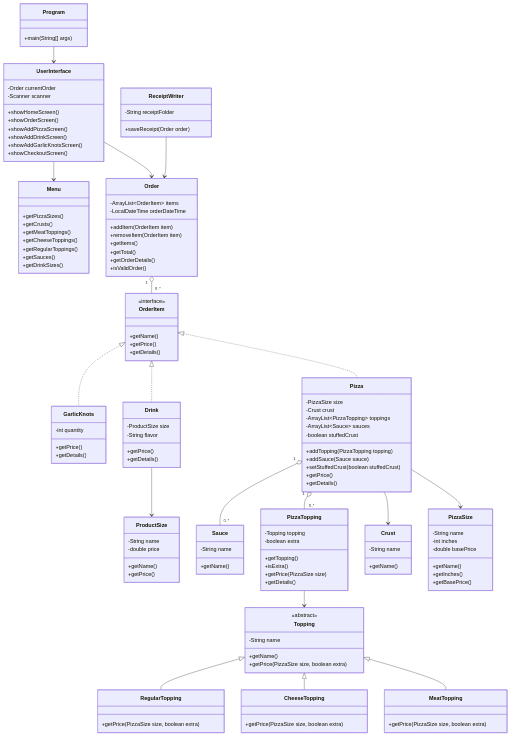
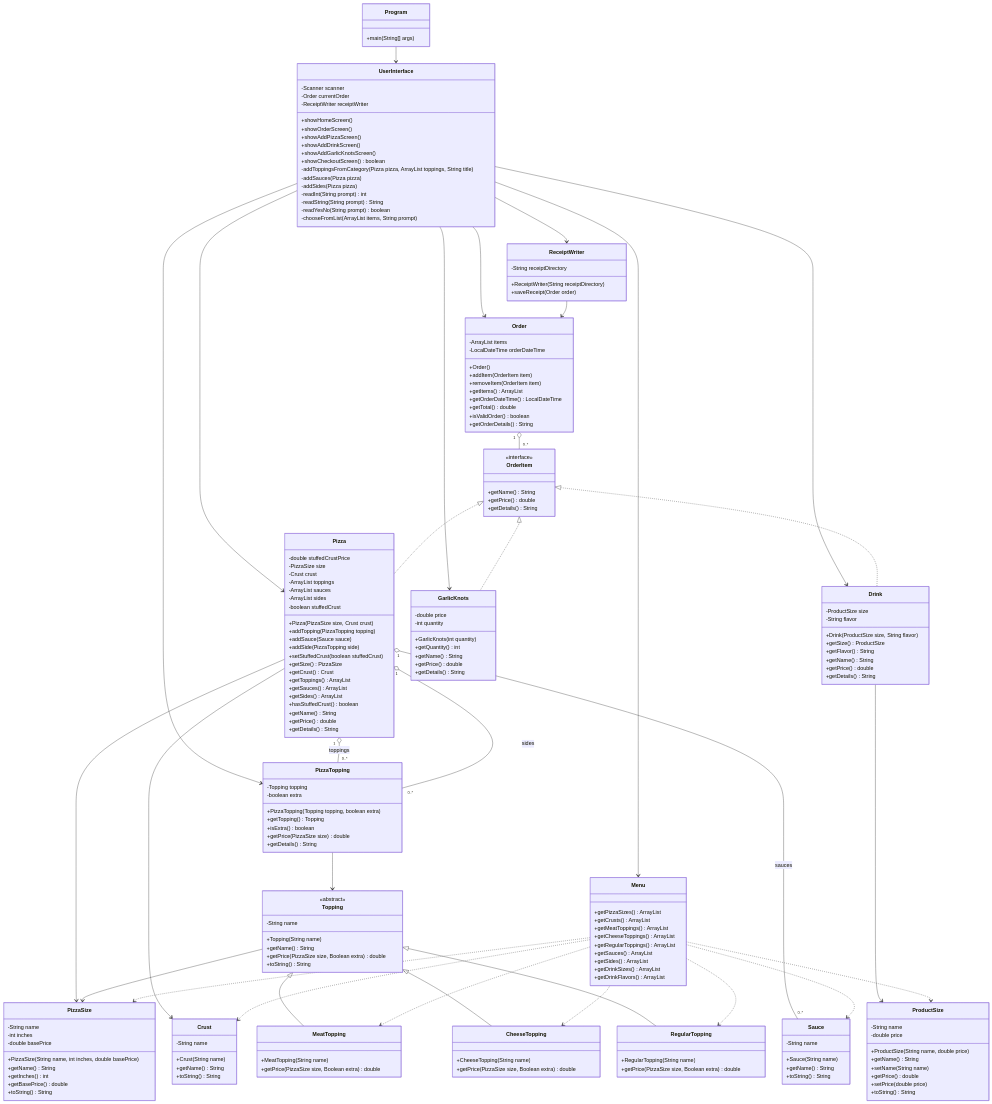
Before and after one commit to colocky/pizza-world: the diagram in Diagrams/Diagram.md, drawn with Mermaid.

````diff
--- a/Diagrams/Diagram.md
+++ b/Diagrams/Diagram.md
@@ -1,149 +1,218 @@
 ```mermaid
 classDiagram
 
-class Program {
-  +main(String[] args)
-}
+    class Program {
+        +main(String[] args)
+    }
 
-class UserInterface {
-  -Order currentOrder
-  -Scanner scanner
-  +showHomeScreen()
-  +showOrderScreen()
-  +showAddPizzaScreen()
-  +showAddDrinkScreen()
-  +showAddGarlicKnotsScreen()
-  +showCheckoutScreen()
-}
+    class UserInterface {
+        -Scanner scanner
+        -Order currentOrder
+        -ReceiptWriter receiptWriter
+        +showHomeScreen()
+        +showOrderScreen()
+        +showAddPizzaScreen()
+        +showAddDrinkScreen()
+        +showAddGarlicKnotsScreen()
+        +showCheckoutScreen() boolean
+        -addToppingsFromCategory(Pizza pizza, ArrayList toppings, String title)
+        -addSauces(Pizza pizza)
+        -addSides(Pizza pizza)
+        -readInt(String prompt) int
+        -readString(String prompt) String
+        -readYesNo(String prompt) boolean
+        -chooseFromList(ArrayList items, String prompt)
+    }
 
-class Order {
-  -ArrayList~OrderItem~ items
-  -LocalDateTime orderDateTime
-  +addItem(OrderItem item)
-  +removeItem(OrderItem item)
-  +getItems()
-  +getTotal()
-  +getOrderDetails()
-  +isValidOrder()
-}
+    class Menu {
+        +getPizzaSizes() ArrayList
+        +getCrusts() ArrayList
+        +getMeatToppings() ArrayList
+        +getCheeseToppings() ArrayList
+        +getRegularToppings() ArrayList
+        +getSauces() ArrayList
+        +getSides() ArrayList
+        +getDrinkSizes() ArrayList
+        +getDrinkFlavors() ArrayList
+    }
 
-class OrderItem {
-  <<interface>>
-  +getName()
-  +getPrice()
-  +getDetails()
-}
+    class ReceiptWriter {
+        -String receiptDirectory
+        +ReceiptWriter(String receiptDirectory)
+        +saveReceipt(Order order)
+    }
 
-class Pizza {
-  -PizzaSize size
-  -Crust crust
-  -ArrayList~PizzaTopping~ toppings
-  -ArrayList~Sauce~ sauces
-  -boolean stuffedCrust
-  +addTopping(PizzaTopping topping)
-  +addSauce(Sauce sauce)
-  +setStuffedCrust(boolean stuffedCrust)
-  +getPrice()
-  +getDetails()
-}
+    class Order {
+        -ArrayList items
+        -LocalDateTime orderDateTime
+        +Order()
+        +addItem(OrderItem item)
+        +removeItem(OrderItem item)
+        +getItems() ArrayList
+        +getOrderDateTime() LocalDateTime
+        +getTotal() double
+        +isValidOrder() boolean
+        +getOrderDetails() String
+    }
 
-class Drink {
-  -ProductSize size
-  -String flavor
-  +getPrice()
-  +getDetails()
-}
+    class OrderItem {
+        <<interface>>
+        +getName() String
+        +getPrice() double
+        +getDetails() String
+    }
 
-class GarlicKnots {
-  -int quantity
-  +getPrice()
-  +getDetails()
-}
+    class Pizza {
+        -double stuffedCrustPrice
+        -PizzaSize size
+        -Crust crust
+        -ArrayList toppings
+        -ArrayList sauces
+        -ArrayList sides
+        -boolean stuffedCrust
+        +Pizza(PizzaSize size, Crust crust)
+        +addTopping(PizzaTopping topping)
+        +addSauce(Sauce sauce)
+        +addSide(PizzaTopping side)
+        +setStuffedCrust(boolean stuffedCrust)
+        +getSize() PizzaSize
+        +getCrust() Crust
+        +getToppings() ArrayList
+        +getSauces() ArrayList
+        +getSides() ArrayList
+        +hasStuffedCrust() boolean
+        +getName() String
+        +getPrice() double
+        +getDetails() String
+    }
 
-class PizzaSize {
-  -String name
-  -int inches
-  -double basePrice
-  +getName()
-  +getInches()
-  +getBasePrice()
-}
+    class Drink {
+        -ProductSize size
+        -String flavor
+        +Drink(ProductSize size, String flavor)
+        +getSize() ProductSize
+        +getFlavor() String
+        +getName() String
+        +getPrice() double
+        +getDetails() String
+    }
 
-class ProductSize {
-  -String name
-  -double price
-  +getName()
-  +getPrice()
-}
+    class GarlicKnots {
+        -double price
+        -int quantity
+        +GarlicKnots(int quantity)
+        +getQuantity() int
+        +getName() String
+        +getPrice() double
+        +getDetails() String
+    }
 
-class Crust {
-  -String name
-  +getName()
-}
+    class PizzaSize {
+        -String name
+        -int inches
+        -double basePrice
+        +PizzaSize(String name, int inches, double basePrice)
+        +getName() String
+        +getInches() int
+        +getBasePrice() double
+        +toString() String
+    }
 
-class Topping {
-  <<abstract>>
-  -String name
-  +getName()
-  +getPrice(PizzaSize size, boolean extra)
-}
+    class ProductSize {
+        -String name
+        -double price
+        +ProductSize(String name, double price)
+        +getName() String
+        +setName(String name)
+        +getPrice() double
+        +setPrice(double price)
+        +toString() String
+    }
 
-class MeatTopping {
-  +getPrice(PizzaSize size, boolean extra)
-}
+    class Crust {
+        -String name
+        +Crust(String name)
+        +getName() String
+        +toString() String
+    }
 
-class CheeseTopping {
-  +getPrice(PizzaSize size, boolean extra)
-}
+    class Sauce {
+        -String name
+        +Sauce(String name)
+        +getName() String
+        +toString() String
+    }
 
-class RegularTopping {
-  +getPrice(PizzaSize size, boolean extra)
-}
+    class PizzaTopping {
+        -Topping topping
+        -boolean extra
+        +PizzaTopping(Topping topping, boolean extra)
+        +getTopping() Topping
+        +isExtra() boolean
+        +getPrice(PizzaSize size) double
+        +getDetails() String
+    }
 
-class PizzaTopping {
-  -Topping topping
-  -boolean extra
-  +getTopping()
-  +isExtra()
-  +getPrice(PizzaSize size)
-  +getDetails()
-}
+    class Topping {
+        <<abstract>>
+        -String name
+        +Topping(String name)
+        +getName() String
+        +getPrice(PizzaSize size, Boolean extra) double
+        +toString() String
+    }
 
-class Sauce {
-  -String name
-  +getName()
-}
+    class MeatTopping {
+        +MeatTopping(String name)
+        +getPrice(PizzaSize size, Boolean extra) double
+    }
 
-class ReceiptWriter {
-  -String receiptFolder
-  +saveReceipt(Order order)
-}
+    class CheeseTopping {
+        +CheeseTopping(String name)
+        +getPrice(PizzaSize size, Boolean extra) double
+    }
 
-class Menu {
-  +getPizzaSizes()
-  +getCrusts()
-  +getMeatToppings()
-  +getCheeseToppings()
-  +getRegularToppings()
-  +getSauces()
-  +getDrinkSizes()
-}
+    class RegularTopping {
+        +RegularTopping(String name)
+        +getPrice(PizzaSize size, Boolean extra) double
+    }
 
-Program --> UserInterface
-UserInterface --> Order
-UserInterface --> Menu
+    Program --> UserInterface
+    UserInterface --> Order
+    UserInterface --> ReceiptWriter
+    UserInterface --> Menu
+    UserInterface --> Pizza
+    UserInterface --> Drink
+    UserInterface --> GarlicKnots
+    UserInterface --> PizzaTopping
+
+    ReceiptWriter --> Order
+
 Order "1" o-- "0..*" OrderItem
+
 OrderItem <|.. Pizza
 OrderItem <|.. Drink
 OrderItem <|.. GarlicKnots
+
 Pizza --> PizzaSize
 Pizza --> Crust
-Pizza "1" o-- "0..*" PizzaTopping
-Pizza "1" o-- "0..*" Sauce
+Pizza "1" o-- "0..*" PizzaTopping : toppings
+Pizza "1" o-- "0..*" Sauce : sauces
+Pizza "1" o-- "0..*" PizzaTopping : sides
+
 PizzaTopping --> Topping
 Topping <|-- MeatTopping
 Topping <|-- CheeseTopping
 Topping <|-- RegularTopping
+Topping --> PizzaSize
+
 Drink --> ProductSize
-ReceiptWriter --> Order
+
+Menu ..> PizzaSize
+Menu ..> Crust
+Menu ..> Sauce
+Menu ..> ProductSize
+Menu ..> MeatTopping
+Menu ..> CheeseTopping
+Menu ..> RegularTopping
 ```
````
